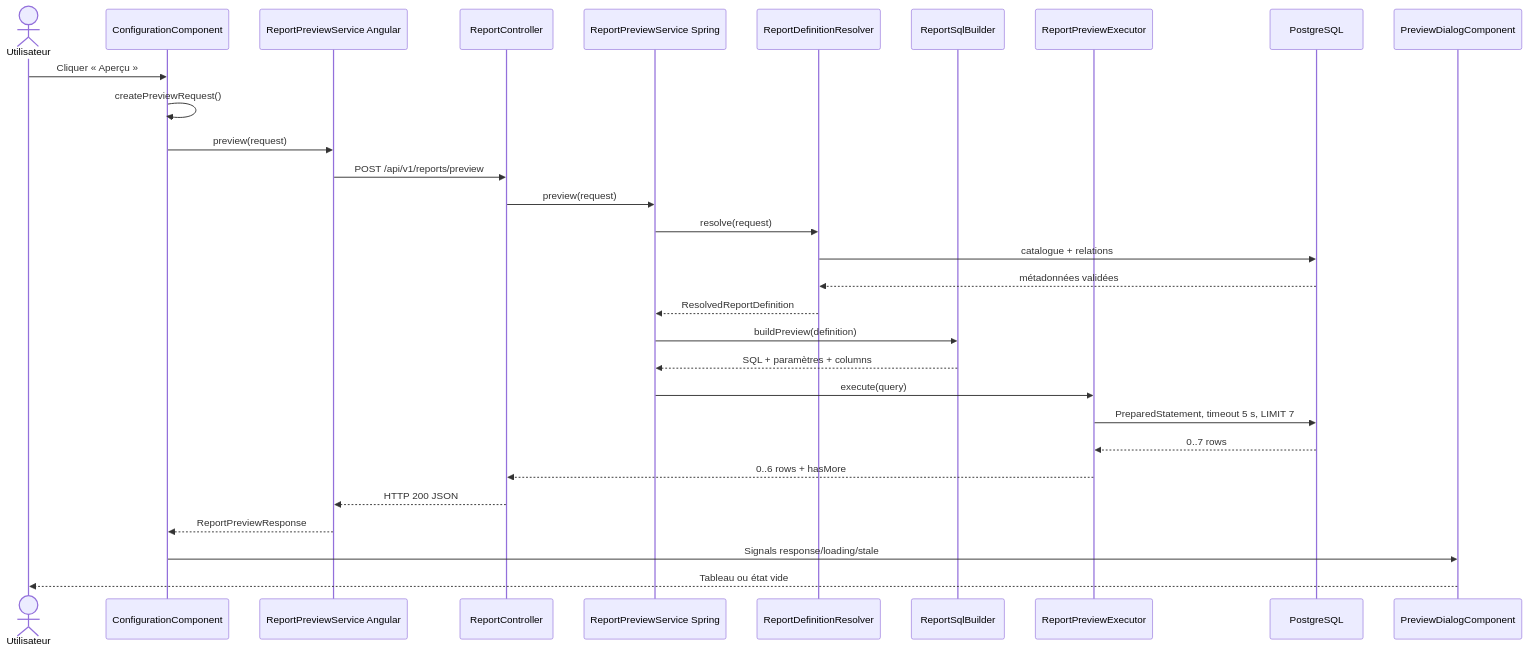
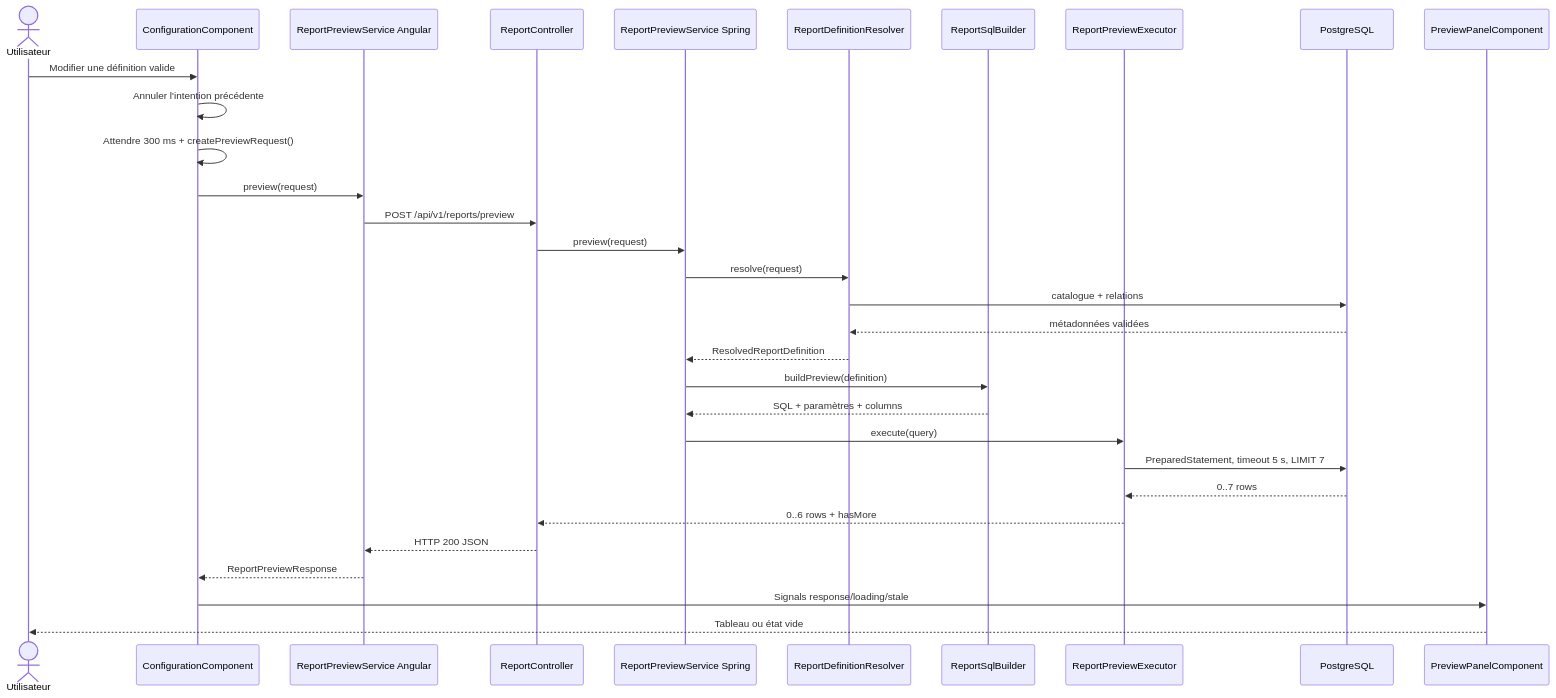
Before and after one commit to ihebhkiri/REPORT_GENERATOR: the diagram in RHIS/docs/flows/03-report-preview.md, drawn with Mermaid. The commit also changed other lines of this file and 188 other files, not shown here.

````diff
--- a/RHIS/docs/flows/03-report-preview.md
+++ b/RHIS/docs/flows/03-report-preview.md
@@ -196,33 +196,34 @@
 ```mermaid
 sequenceDiagram
     actor U as Utilisateur
     participant C as ConfigurationComponent
     participant A as ReportPreviewService Angular
     participant RC as ReportController
     participant S as ReportPreviewService Spring
     participant R as ReportDefinitionResolver
     participant B as ReportSqlBuilder
     participant E as ReportPreviewExecutor
     participant DB as PostgreSQL
-    participant D as PreviewDialogComponent
+    participant D as PreviewPanelComponent
 
-    U->>C: Cliquer « Aperçu »
-    C->>C: createPreviewRequest()
+    U->>C: Modifier une définition valide
+    C->>C: Annuler l'intention précédente
+    C->>C: Attendre 300 ms + createPreviewRequest()
     C->>A: preview(request)
     A->>RC: POST /api/v1/reports/preview
     RC->>S: preview(request)
     S->>R: resolve(request)
     R->>DB: catalogue + relations
     DB-->>R: métadonnées validées
     R-->>S: ResolvedReportDefinition
     S->>B: buildPreview(definition)
     B-->>S: SQL + paramètres + columns
     S->>E: execute(query)
     E->>DB: PreparedStatement, timeout 5 s, LIMIT 7
     DB-->>E: 0..7 rows
     E-->>RC: 0..6 rows + hasMore
     RC-->>A: HTTP 200 JSON
     A-->>C: ReportPreviewResponse
     C->>D: Signals response/loading/stale
     D-->>U: Tableau ou état vide
 ```
````
